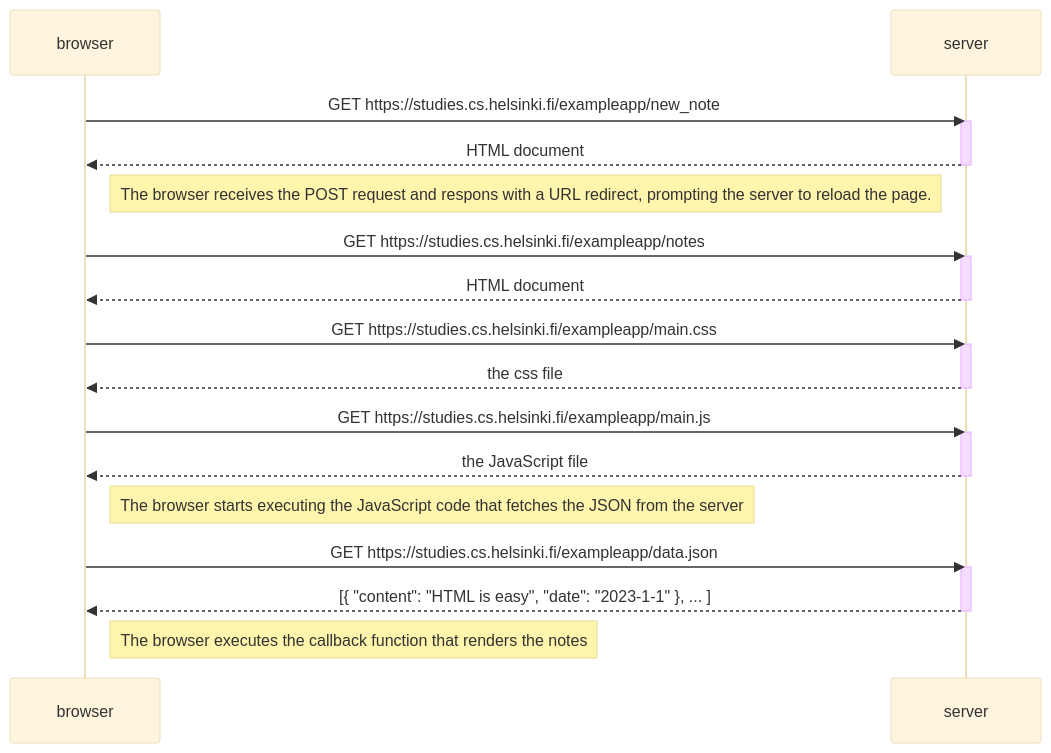
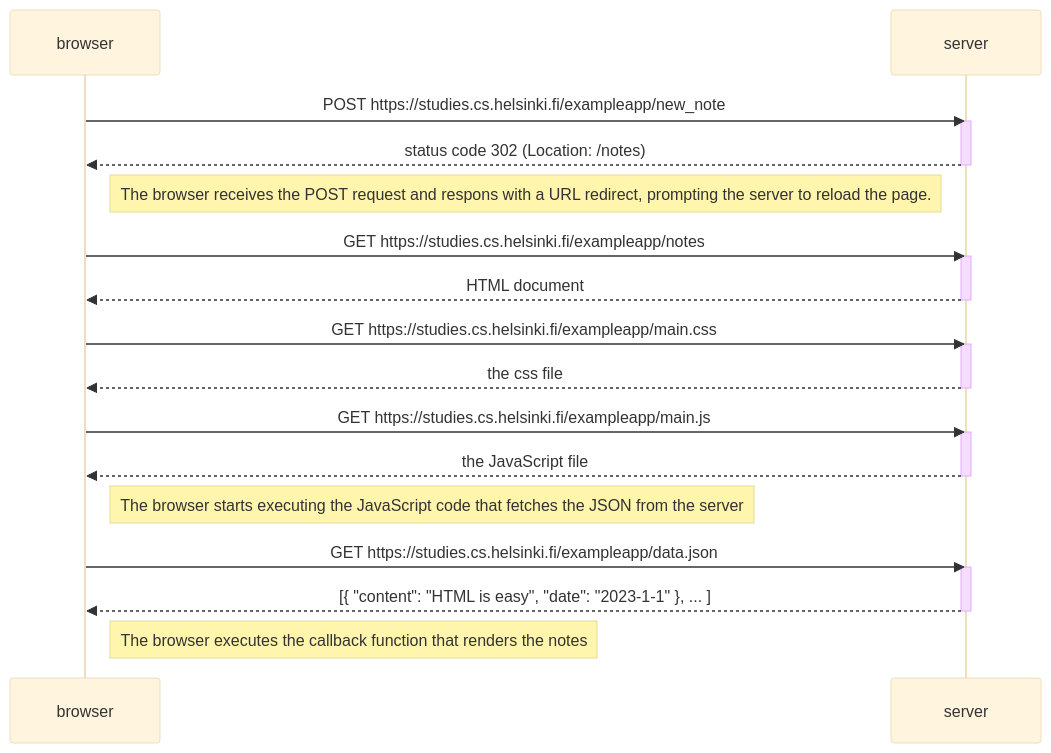
One commit to Czborberg/FullStackDeveloper changed the diagram in part0/exercise04.md. Above: the diagram before and after it, drawn with Mermaid (base theme).

````diff
--- a/part0/exercise04.md
+++ b/part0/exercise04.md
@@ -1,36 +1,36 @@
 ```mermaid
 sequenceDiagram
     participant browser
     participant server
 
-    browser->>server: GET https://studies.cs.helsinki.fi/exampleapp/new_note
+    browser->>server: POST https://studies.cs.helsinki.fi/exampleapp/new_note
     activate server
-    server-->>browser: HTML document
+    server-->>browser: status code 302 (Location: /notes)
     deactivate server
 
     Note right of browser: The browser receives the POST request and respons with a URL redirect, prompting the server to reload the page.
 
     browser->>server: GET https://studies.cs.helsinki.fi/exampleapp/notes
     activate server
     server-->>browser: HTML document
     deactivate server
 
     browser->>server: GET https://studies.cs.helsinki.fi/exampleapp/main.css
     activate server
     server-->>browser: the css file
     deactivate server
 
     browser->>server: GET https://studies.cs.helsinki.fi/exampleapp/main.js
     activate server
     server-->>browser: the JavaScript file
     deactivate server
 
     Note right of browser: The browser starts executing the JavaScript code that fetches the JSON from the server
 
     browser->>server: GET https://studies.cs.helsinki.fi/exampleapp/data.json
     activate server
     server-->>browser: [{ "content": "HTML is easy", "date": "2023-1-1" }, ... ]
     deactivate server
 
     Note right of browser: The browser executes the callback function that renders the notes
 ```
````
